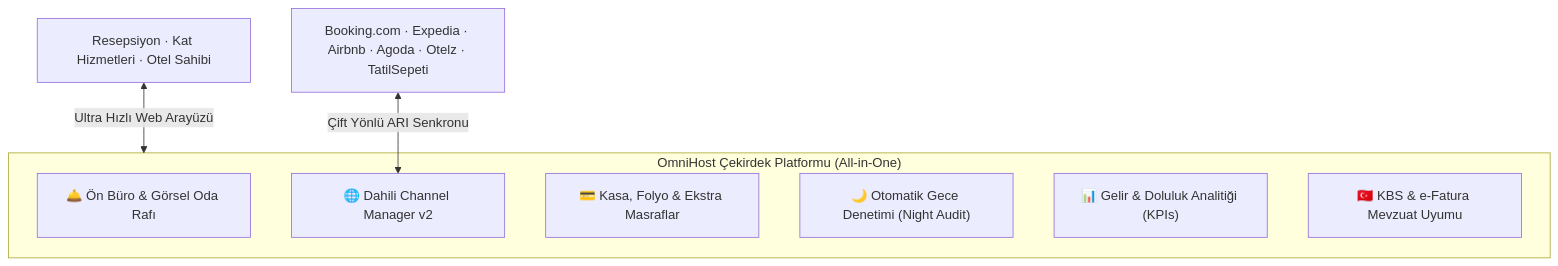
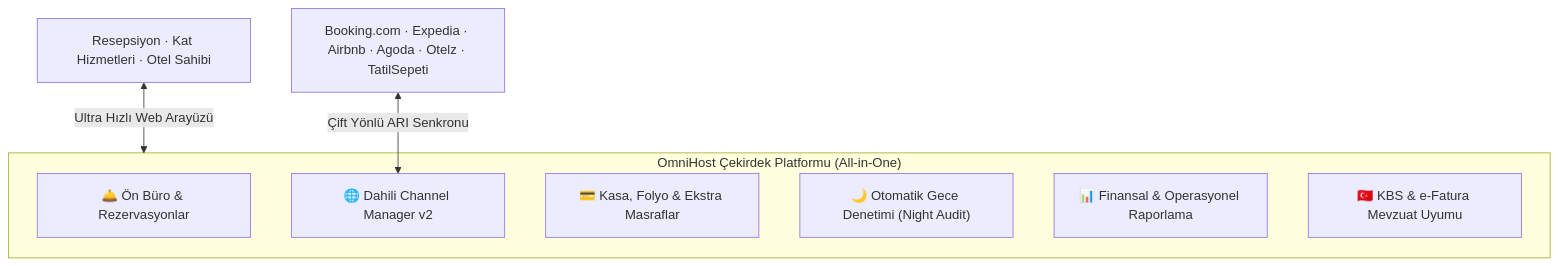
Before and after one commit to ForrestNight17/omnihost-pms: the second of 4 diagrams in docs/OmniHost_Sunum.md, drawn with Mermaid. The commit also changed other lines of this file and 6 other files, not shown here.

````diff
--- a/docs/OmniHost_Sunum.md
+++ b/docs/OmniHost_Sunum.md
@@ -169,14 +169,14 @@
 ```mermaid
 graph TD
     subgraph OMNIHOST_CORE ["OmniHost Çekirdek Platformu (All-in-One)"]
-        F1["🛎️ Ön Büro & Görsel Oda Rafı"]
+        F1["🛎️ Ön Büro & Rezervasyonlar"]
         F2["🌐 Dahili Channel Manager v2"]
         F3["💳 Kasa, Folyo & Ekstra Masraflar"]
         F4["🌙 Otomatik Gece Denetimi (Night Audit)"]
-        F5["📊 Gelir & Doluluk Analitiği (KPIs)"]
+        F5["📊 Finansal & Operasyonel Raporlama"]
         F6["🇹🇷 KBS & e-Fatura Mevzuat Uyumu"]
     end
     
     OTAs["Booking.com · Expedia · Airbnb · Agoda · Otelz · TatilSepeti"] <-->|Çift Yönlü ARI Senkronu| F2
     Staff["Resepsiyon · Kat Hizmetleri · Otel Sahibi"] <-->|Ultra Hızlı Web Arayüzü| OMNIHOST_CORE
 ```
````
